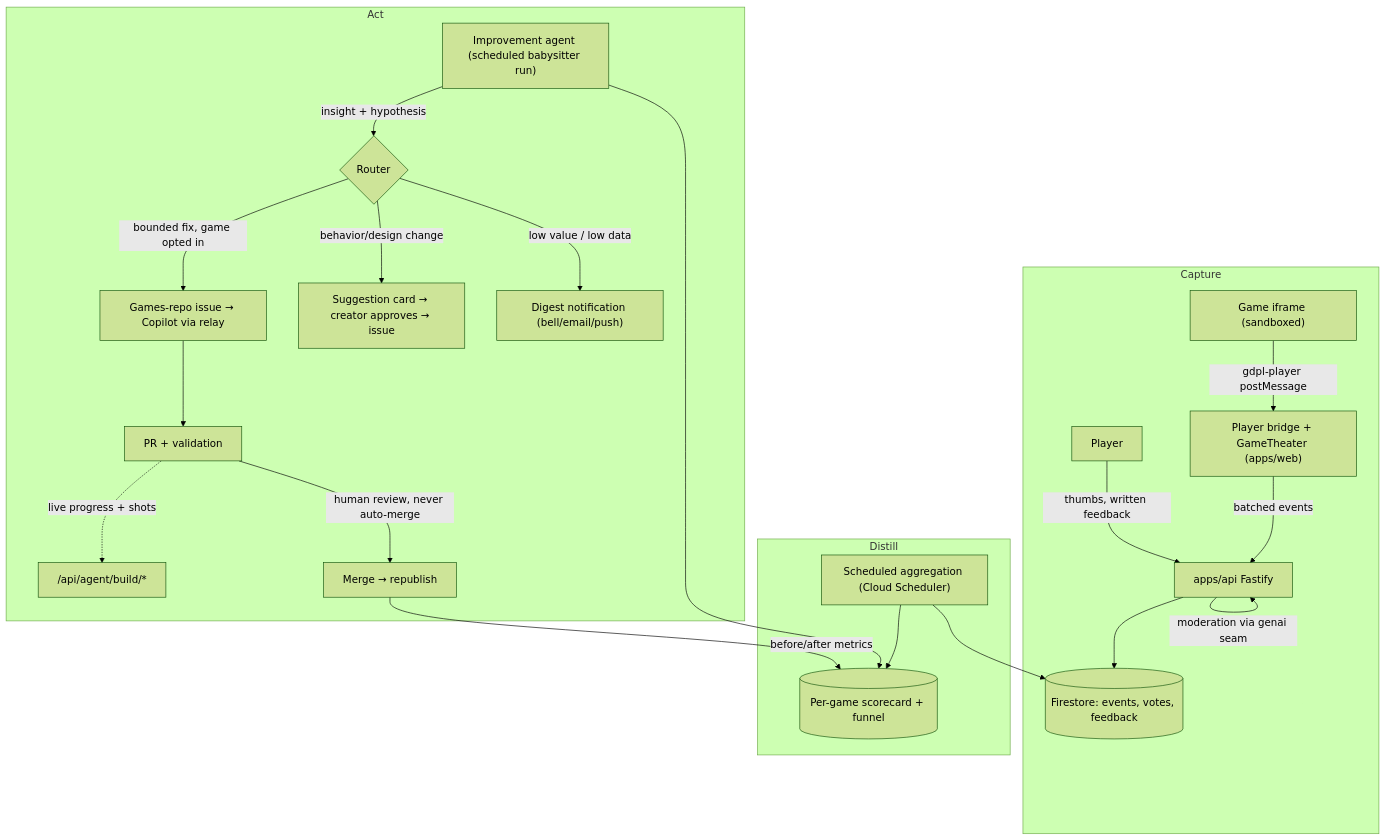
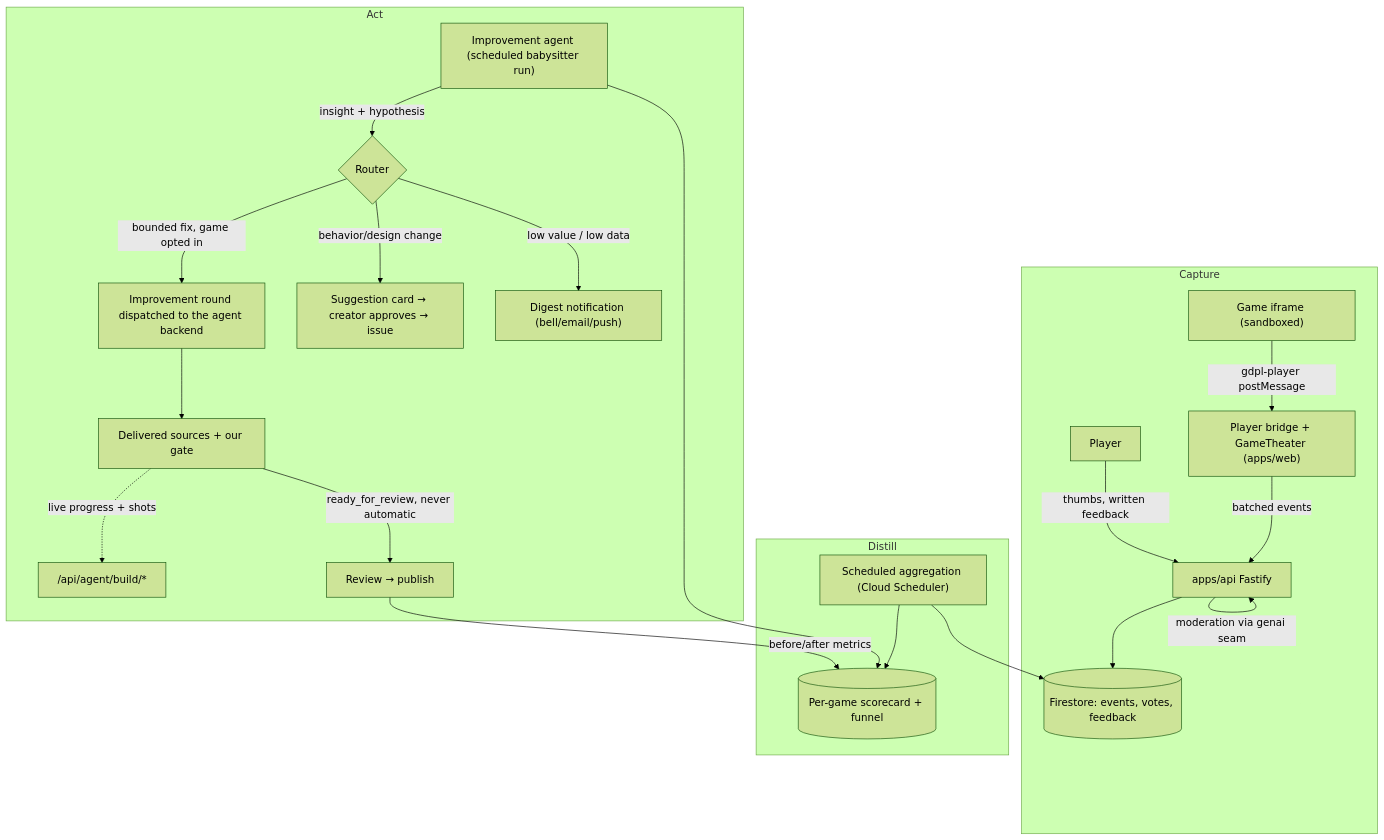
One commit to gamedevpl/www.gamedev.pl changed the diagram in docs/improvement-loop-plan.md. Above: the diagram before and after it, drawn with Mermaid (forest theme). The commit also changed other lines of this file and 19 other files, not shown here.

````diff
--- a/docs/improvement-loop-plan.md
+++ b/docs/improvement-loop-plan.md
@@ -233,28 +241,28 @@
 ```mermaid
 flowchart TD
     subgraph Capture
       IF["Game iframe (sandboxed)"] -->|"gdpl-player postMessage"| Shell["Player bridge + GameTheater (apps/web)"]
       Shell -->|batched events| API["apps/api Fastify"]
       U[Player] -->|thumbs, written feedback| API
       API -->|moderation via genai seam| API
       API --> FS[("Firestore: events, votes, feedback")]
     end
 
     subgraph Distill
       CRON["Scheduled aggregation (Cloud Scheduler)"] --> FS
       CRON --> AGG[("Per-game scorecard + funnel")]
     end
 
     subgraph Act
       LOOP["Improvement agent (scheduled babysitter run)"] --> AGG
       LOOP -->|insight + hypothesis| ROUTE{Router}
-      ROUTE -->|"bounded fix, game opted in"| ISSUE["Games-repo issue → Copilot via relay"]
+      ROUTE -->|"bounded fix, game opted in"| ISSUE["Improvement round dispatched to the agent backend"]
       ROUTE -->|behavior/design change| SUGG["Suggestion card → creator approves → issue"]
       ROUTE -->|low value / low data| DIGEST["Digest notification (bell/email/push)"]
-      ISSUE --> PR["PR + validation"]
+      ISSUE --> PR["Delivered sources + our gate"]
       PR -.->|live progress + shots| CH["/api/agent/build/*"]
-      PR -->|human review, never auto-merge| MERGE["Merge → republish"]
+      PR -->|ready_for_review, never automatic| MERGE["Review → publish"]
     end
 
     MERGE -->|before/after metrics| AGG
 ```
````
